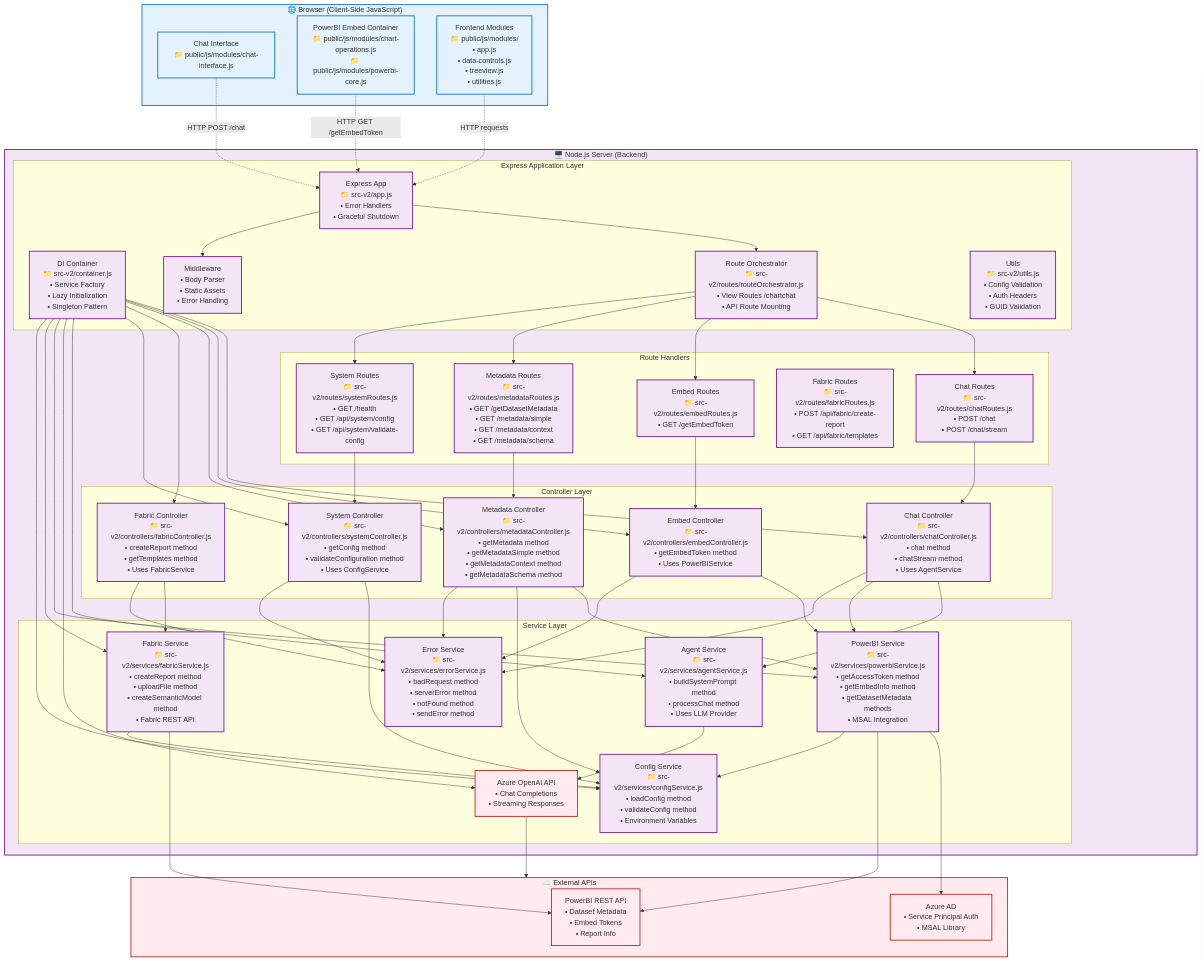
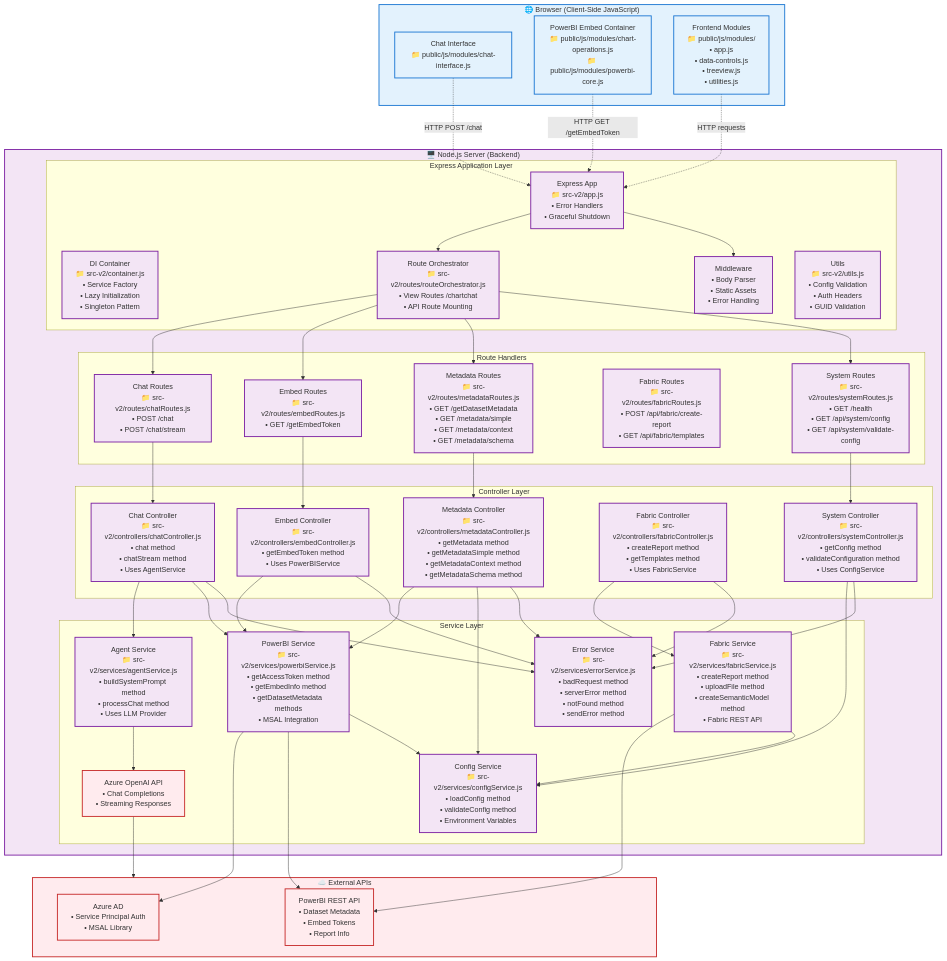
One commit to markgar/embed-copilot changed the first of 4 diagrams in ARCHITECTURE.md. Above: the diagram before and after it, drawn with Mermaid.

Commit message:
Remove Container arrows from architecture diagram
The Container manages dependencies behind the scenes, so arrows from it
to all services/controllers cluttered the diagram without adding clarity.

```diff
--- a/ARCHITECTURE.md
+++ b/ARCHITECTURE.md
@@ -69,18 +69,6 @@
     MetaRoutes --> MetaCtrl
     SysRoutes --> SysCtrl
 
-    %% Container provides dependencies
-    Container --> ChatCtrl
-    Container --> EmbedCtrl
-    Container --> MetaCtrl
-    Container --> FabricCtrl
-    Container --> SysCtrl
-    Container --> Agent
-    Container --> AzureAI
-    Container --> PowerBI
-    Container --> Fabric
-    Container --> Config
-
     %% Controller dependencies
     ChatCtrl --> Agent
     ChatCtrl --> PowerBI
```
